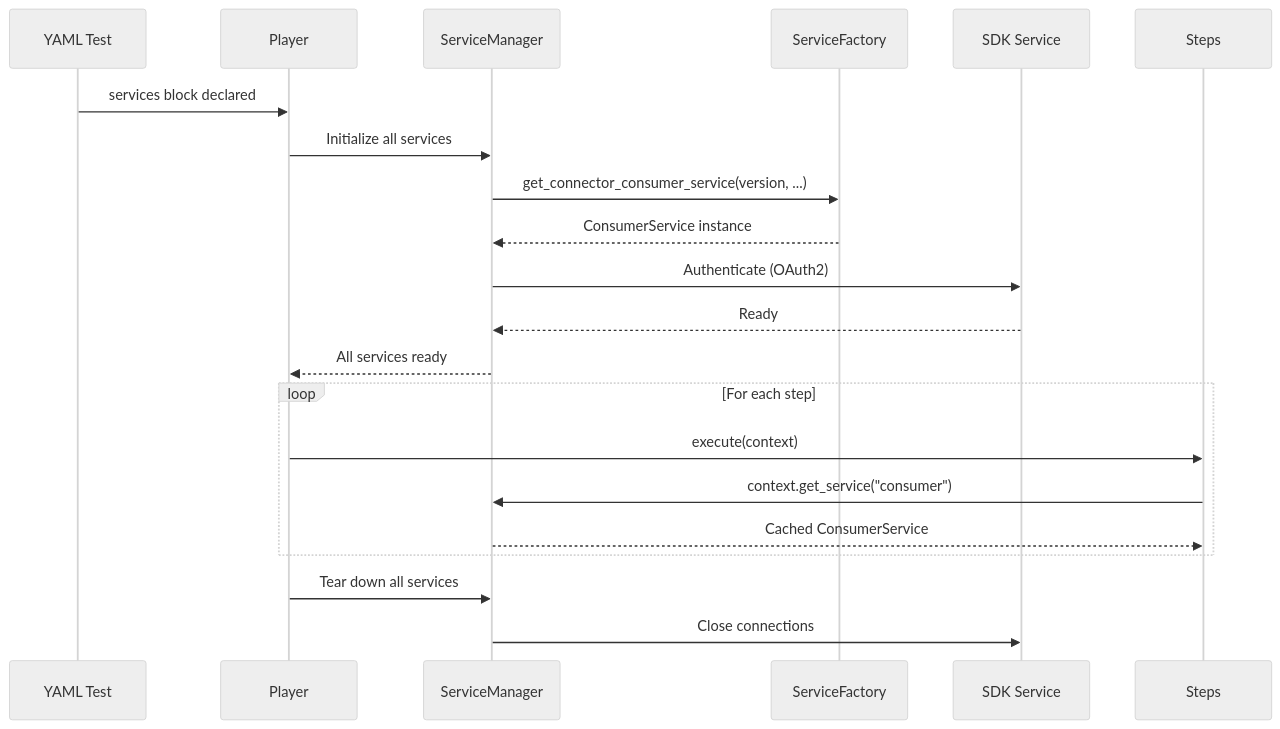
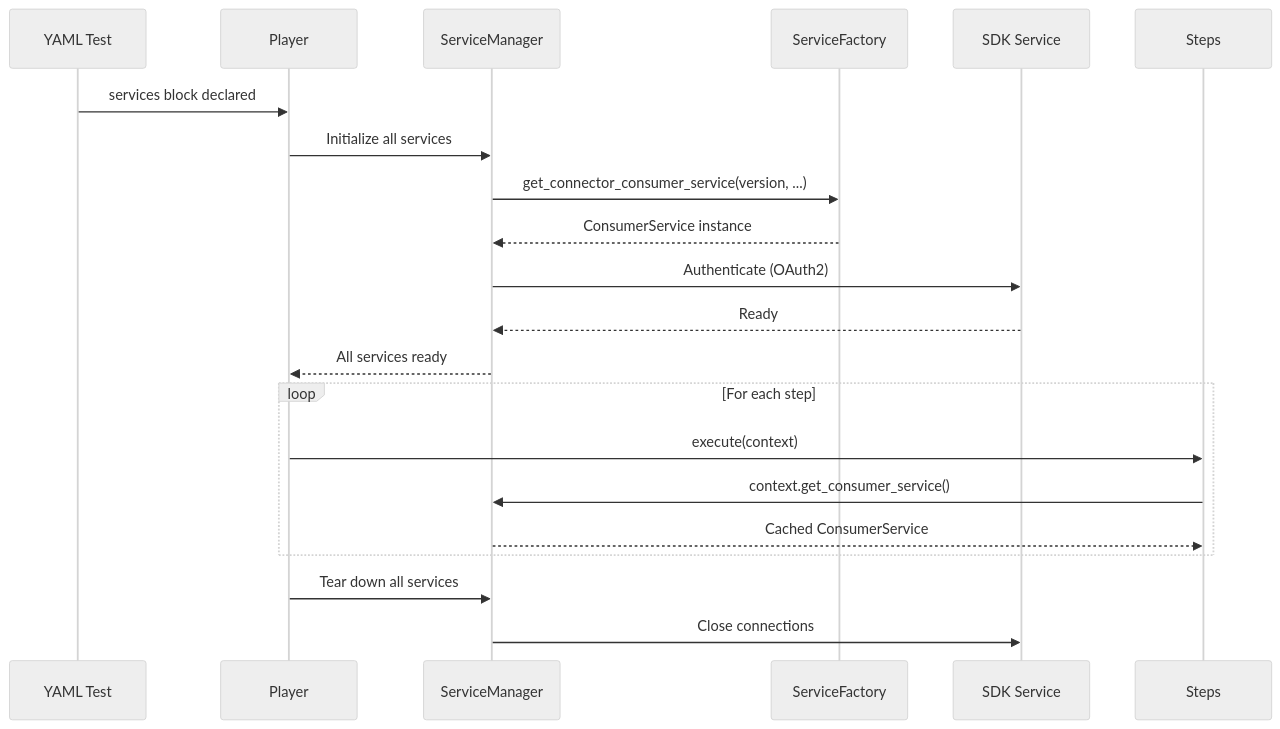
The seventh of 15 diagrams in docs/specification/specification/concepts.md (eclipse-tractusx/tractusx-testlab), drawn with Mermaid (neutral theme) before and after one commit. The commit also changed other lines of this file and 103 other files, not shown here.

````diff
--- a/docs/specification/specification/concepts.md
+++ b/docs/specification/specification/concepts.md
@@ -318,26 +314,26 @@
 ```mermaid
 sequenceDiagram
     participant Y as YAML Test
     participant P as Player
     participant SM as ServiceManager
     participant SF as ServiceFactory
     participant S as SDK Service
     participant Steps as Steps
 
     Y->>P: services block declared
     P->>SM: Initialize all services
     SM->>SF: get_connector_consumer_service(version, ...)
     SF-->>SM: ConsumerService instance
     SM->>S: Authenticate (OAuth2)
     S-->>SM: Ready
     SM-->>P: All services ready
 
     loop For each step
         P->>Steps: execute(context)
-        Steps->>SM: context.get_service("consumer")
+        Steps->>SM: context.get_consumer_service()
         SM-->>Steps: Cached ConsumerService
     end
 
     P->>SM: Tear down all services
     SM->>S: Close connections
 ```
````
